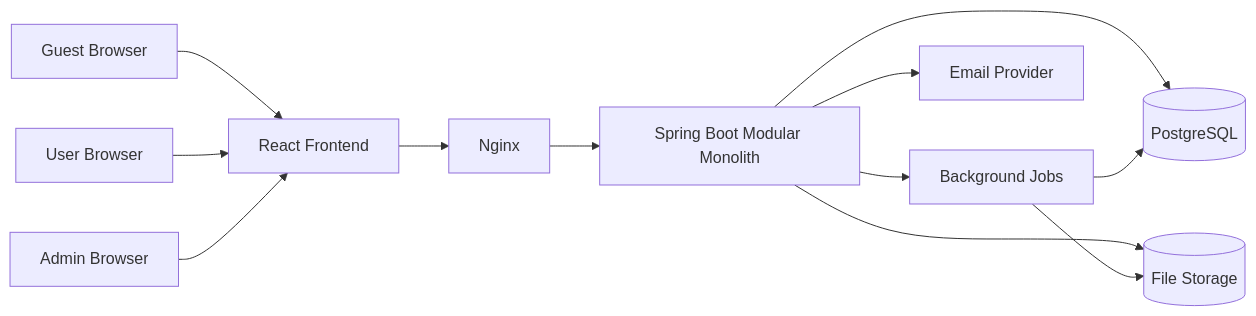
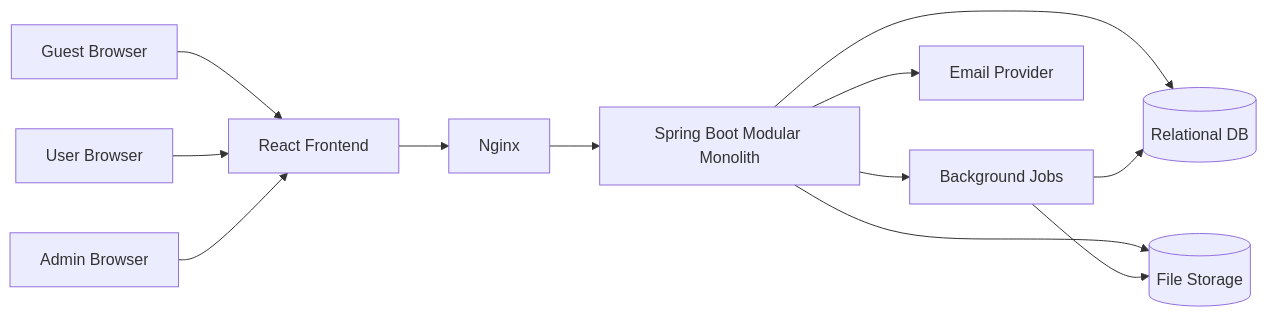
Before and after one commit to dom-lud/WeedingGalery: the first of 3 diagrams in docs/architecture/SYSTEM_ARCHITECTURE.md, drawn with Mermaid. The commit also changed other lines of this file and 24 other files, not shown here.

````diff
--- a/docs/architecture/SYSTEM_ARCHITECTURE.md
+++ b/docs/architecture/SYSTEM_ARCHITECTURE.md
@@ -21,25 +22,25 @@
 ```mermaid
 flowchart LR
     Guest[Guest Browser]
     User[User Browser]
     Admin[Admin Browser]
     Frontend[React Frontend]
     Nginx[Nginx]
     Api[Spring Boot Modular Monolith]
-    Db[(PostgreSQL)]
+    Db[(Relational DB)]
     Storage[(File Storage)]
     Jobs[Background Jobs]
     Mail[Email Provider]
 
     Guest --> Frontend
     User --> Frontend
     Admin --> Frontend
     Frontend --> Nginx
     Nginx --> Api
     Api --> Db
     Api --> Storage
     Api --> Jobs
     Jobs --> Db
     Jobs --> Storage
     Api --> Mail
 ```
````
